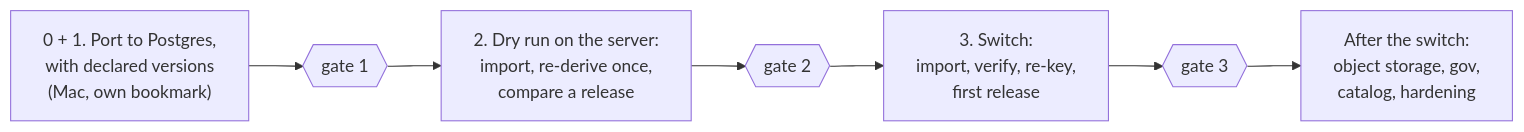
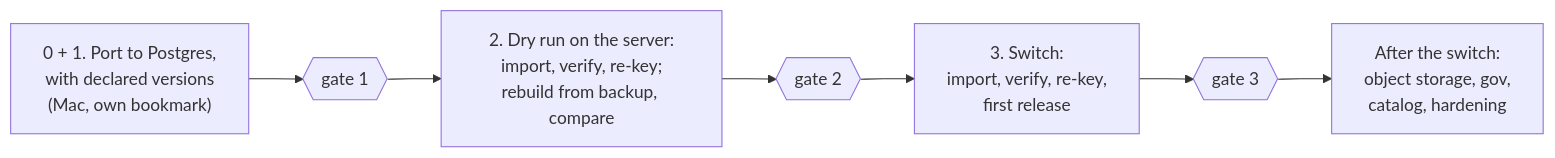
Before and after one commit to skeswa/swingset: the second of 2 diagrams in docs/plans/postgres-migration/README.md, drawn with Mermaid. The commit also changed other lines of this file and 15 other files, not shown here.

````diff
--- a/docs/plans/postgres-migration/README.md
+++ b/docs/plans/postgres-migration/README.md
@@ -103,7 +109,7 @@
 ```mermaid
 flowchart LR
   s01["0 + 1. Port to Postgres,<br/>with declared versions<br/>(Mac, own bookmark)"] --> g1{{gate 1}}
-  g1 --> s2["2. Dry run on the server:<br/>import, re-derive once,<br/>compare a release"] --> g2{{gate 2}}
+  g1 --> s2["2. Dry run on the server:<br/>import, verify, re-key;<br/>rebuild from backup, compare"] --> g2{{gate 2}}
   g2 --> s3["3. Switch:<br/>import, verify, re-key,<br/>first release"] --> g3{{gate 3}}
   g3 --> after["After the switch:<br/>object storage, gov,<br/>catalog, hardening"]
 ```
````
